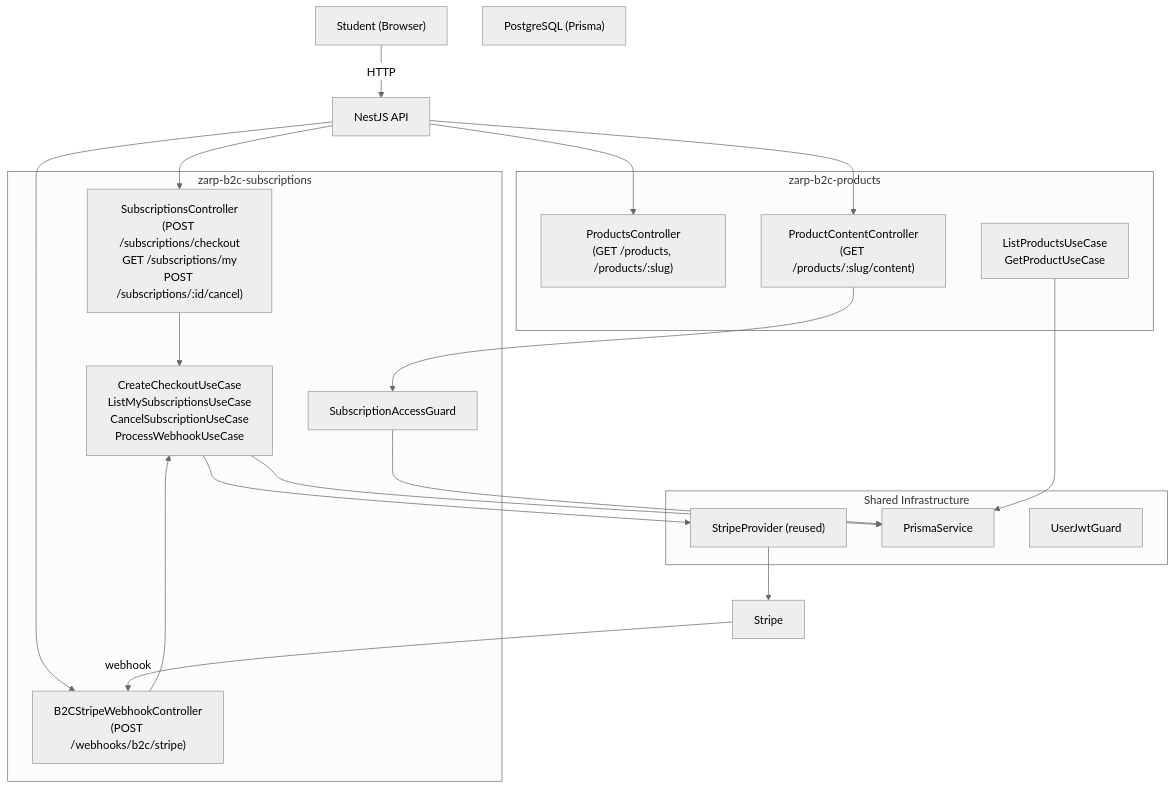
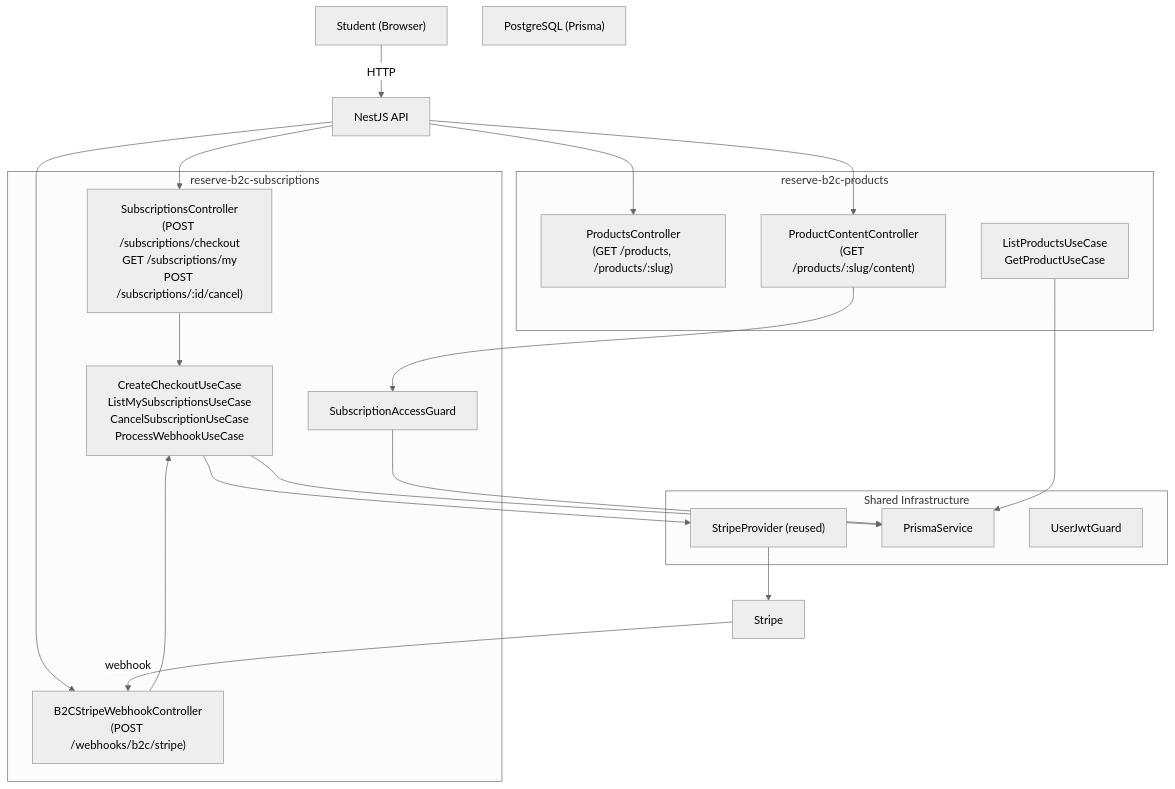
The first of 4 diagrams in .kiro/specs/b2c-student-subscriptions/design.md (GabrielCaliari/backend_reserve), drawn with Mermaid (neutral theme) before and after one commit. The commit also changed other lines of this file and 855 other files, not shown here.

````diff
--- a/.kiro/specs/b2c-student-subscriptions/design.md
+++ b/.kiro/specs/b2c-student-subscriptions/design.md
@@ -11,41 +11,41 @@
 ```mermaid
 graph TD
     Student["Student (Browser)"]
     API["NestJS API"]
     Stripe["Stripe"]
     DB["PostgreSQL (Prisma)"]
 
-    subgraph "zarp-b2c-products"
+    subgraph "reserve-b2c-products"
         PC["ProductsController\n(GET /products, /products/:slug)"]
         PCC["ProductContentController\n(GET /products/:slug/content)"]
         PUC["ListProductsUseCase\nGetProductUseCase"]
     end
 
-    subgraph "zarp-b2c-subscriptions"
+    subgraph "reserve-b2c-subscriptions"
         SC["SubscriptionsController\n(POST /subscriptions/checkout\nGET /subscriptions/my\nPOST /subscriptions/:id/cancel)"]
         WC["B2CStripeWebhookController\n(POST /webhooks/b2c/stripe)"]
         SUC["CreateCheckoutUseCase\nListMySubscriptionsUseCase\nCancelSubscriptionUseCase\nProcessWebhookUseCase"]
         SAG["SubscriptionAccessGuard"]
     end
 
     subgraph "Shared Infrastructure"
         SP["StripeProvider (reused)"]
         PS["PrismaService"]
         UJG["UserJwtGuard"]
     end
 
     Student -->|HTTP| API
     API --> PC
     API --> PCC
     API --> SC
     API --> WC
     PCC --> SAG
     SC --> SUC
     WC --> SUC
     PUC --> PS
     SUC --> SP
     SUC --> PS
     SAG --> PS
     SP --> Stripe
     Stripe -->|webhook| WC
 ```
````
